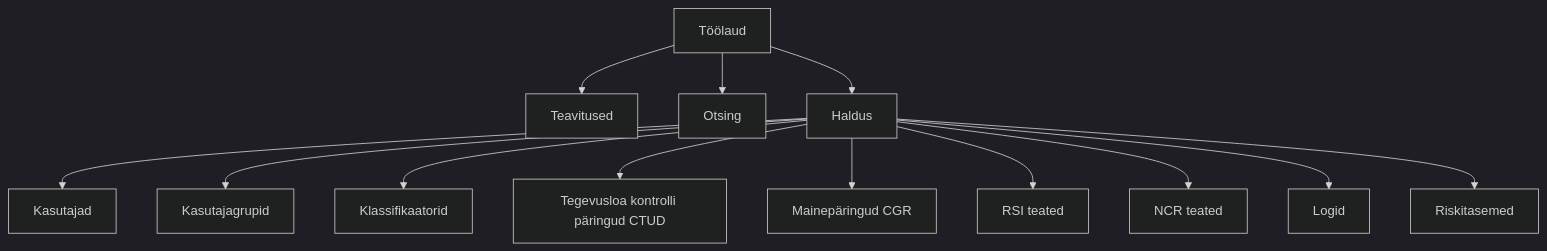
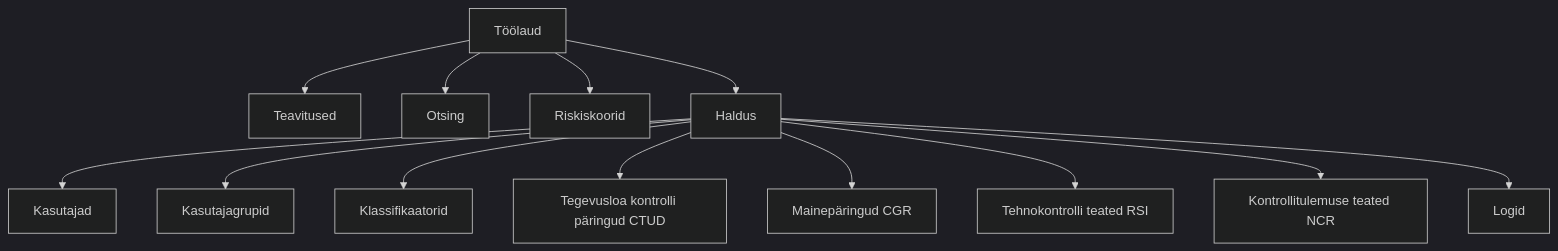
One commit to kemit-ee/ljvis-2 changed the diagram in docs/user-guide/03-menyy.md. Above: the diagram before and after it, drawn with Mermaid (dark theme). The commit also changed other lines of this file and 17 other files, not shown here.

````diff
--- a/docs/user-guide/03-menyy.md
+++ b/docs/user-guide/03-menyy.md
@@ -25,15 +29,15 @@
 ```mermaid
 flowchart TD
     A[Töölaud] --> T[Teavitused]
     A --> S[Otsing]
+    A --> R[Riskiskoorid]
     A --> B[Haldus]
     B --> C[Kasutajad]
     B --> D[Kasutajagrupid]
     B --> E[Klassifikaatorid]
     B --> G[Tegevusloa kontrolli päringud CTUD]
     B --> H[Mainepäringud CGR]
-    B --> I[RSI teated]
-    B --> J[NCR teated]
+    B --> I[Tehnokontrolli teated RSI]
+    B --> J[Kontrollitulemuse teated NCR]
     B --> F[Logid]
-    B --> R[Riskitasemed]
 ```
````
